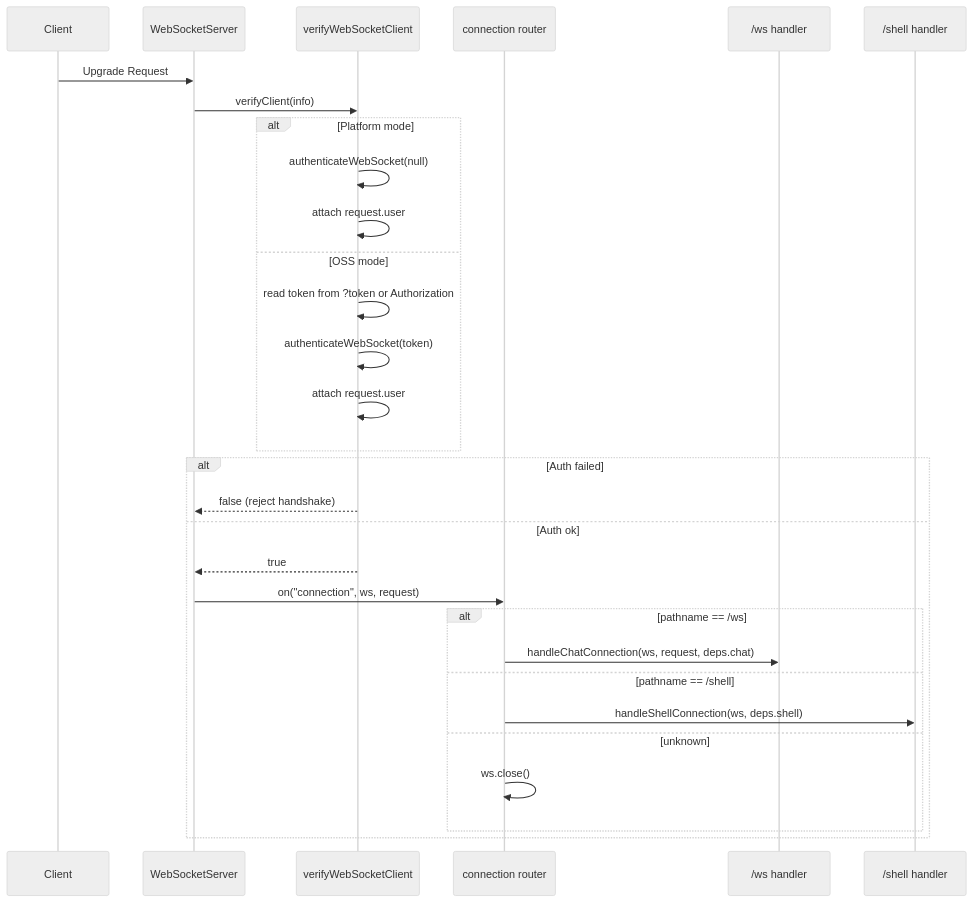
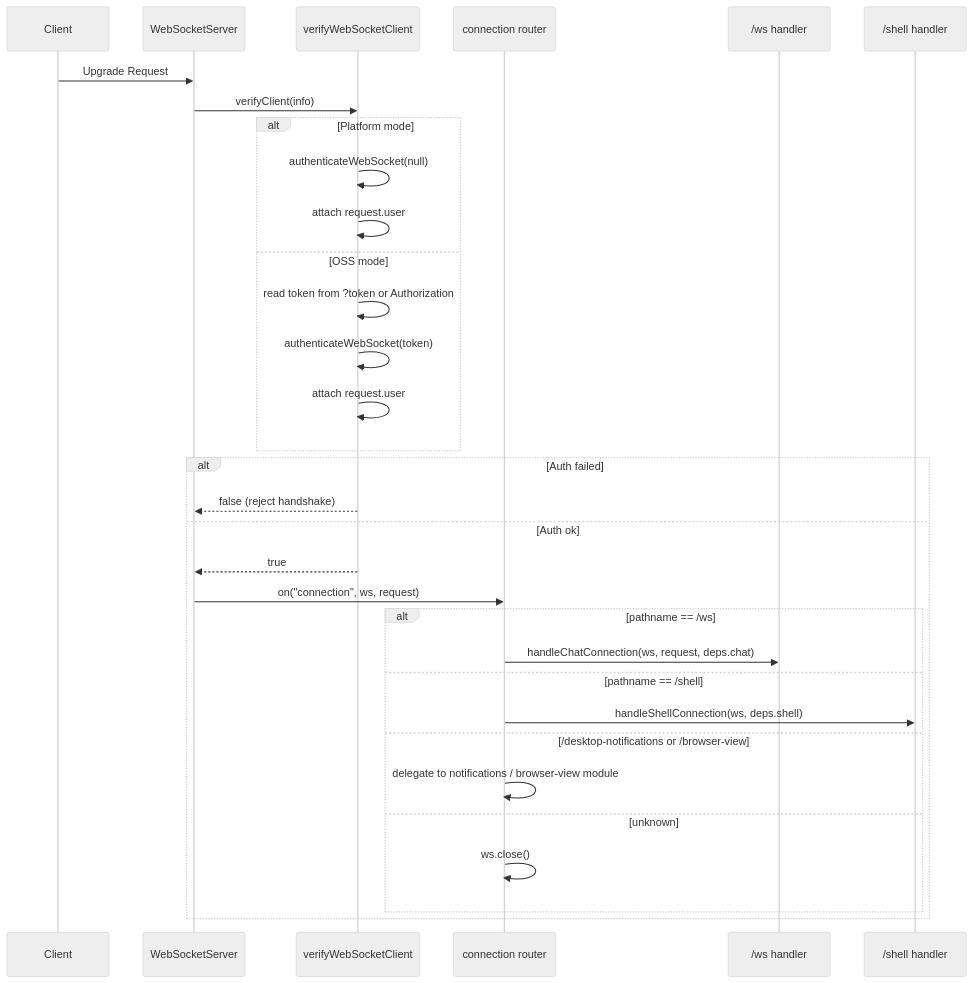
One commit to Zakwei/ddagent changed the second of 4 diagrams in server/modules/websocket/README.md. Above: the diagram before and after it, drawn with Mermaid (neutral theme). The commit also changed other lines of this file and 19 other files, not shown here.

````diff
--- a/server/modules/websocket/README.md
+++ b/server/modules/websocket/README.md
@@ -65,34 +75,36 @@
 ```mermaid
 sequenceDiagram
   participant Client
   participant WSS as WebSocketServer
   participant Auth as verifyWebSocketClient
   participant Router as connection router
   participant Chat as /ws handler
   participant Shell as /shell handler
 
   Client->>WSS: Upgrade Request
   WSS->>Auth: verifyClient(info)
   alt Platform mode
     Auth->>Auth: authenticateWebSocket(null)
     Auth->>Auth: attach request.user
   else OSS mode
     Auth->>Auth: read token from ?token or Authorization
     Auth->>Auth: authenticateWebSocket(token)
     Auth->>Auth: attach request.user
   end
 
   alt Auth failed
     Auth-->>WSS: false (reject handshake)
   else Auth ok
     Auth-->>WSS: true
     WSS->>Router: on("connection", ws, request)
     alt pathname == /ws
       Router->>Chat: handleChatConnection(ws, request, deps.chat)
     else pathname == /shell
       Router->>Shell: handleShellConnection(ws, deps.shell)
+    else /desktop-notifications or /browser-view
+      Router->>Router: delegate to notifications / browser-view module
     else unknown
       Router->>Router: ws.close()
     end
   end
 ```
````
